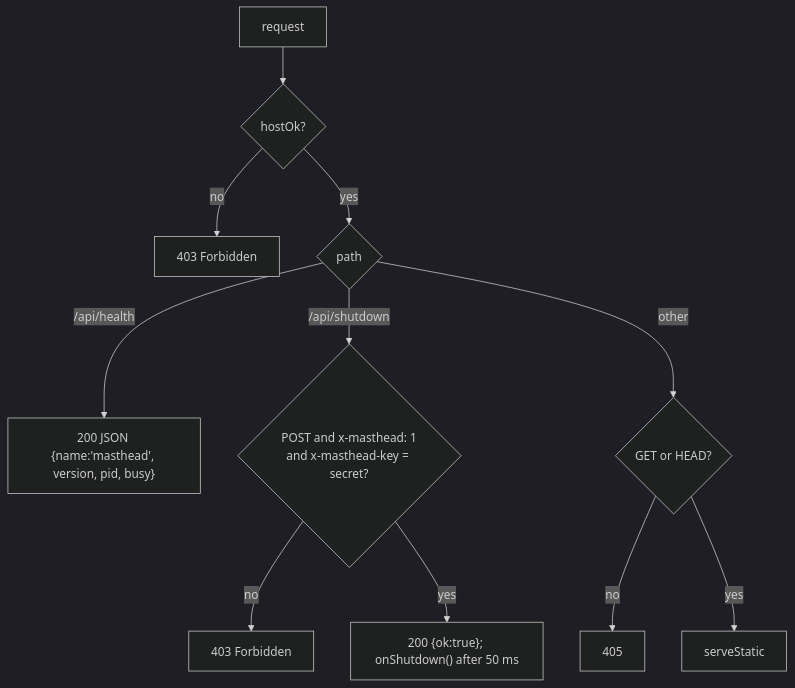
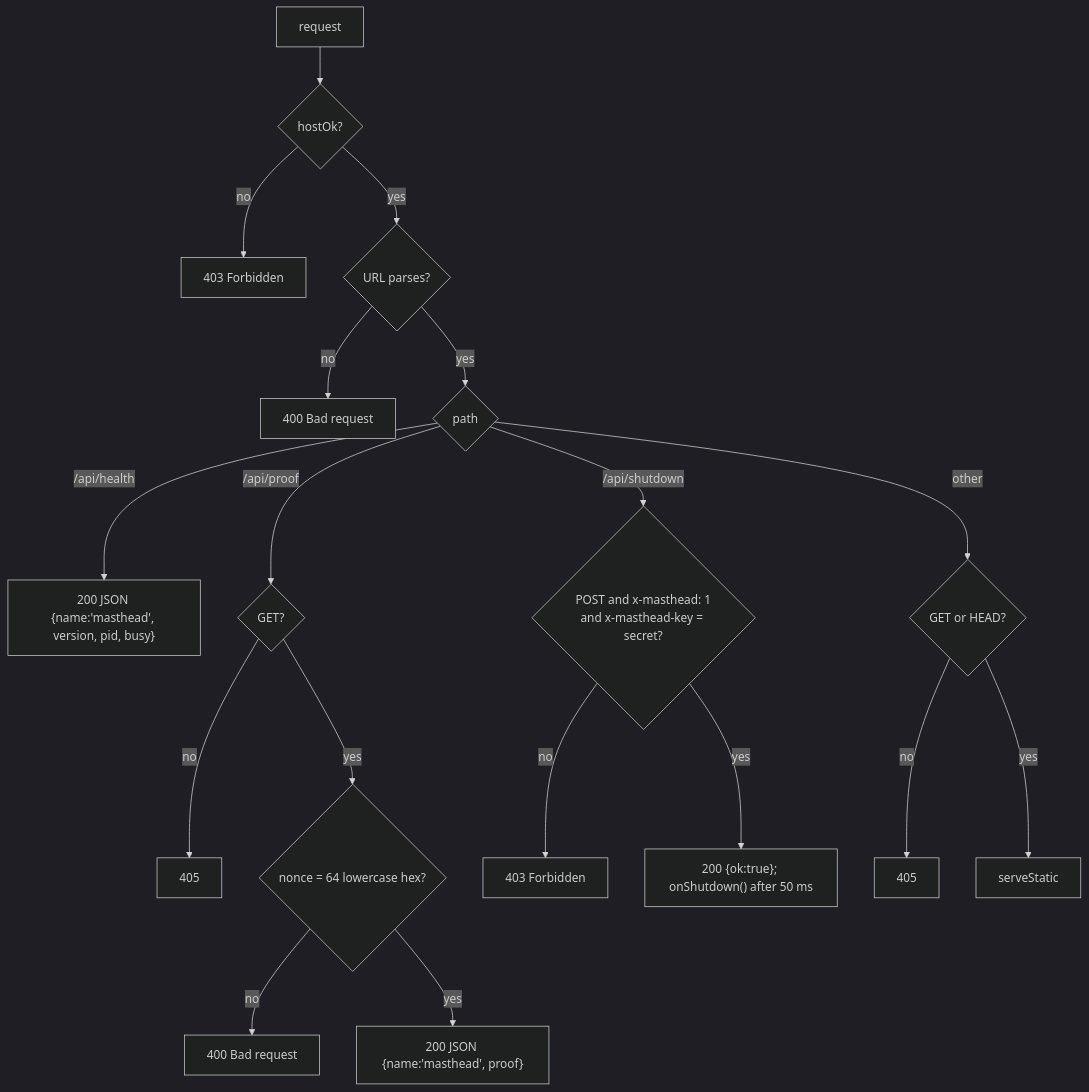
One commit to Luxorium/masthead changed the diagram in docs/wiki/Source-Http.md. Above: the diagram before and after it, drawn with Mermaid (dark theme). The commit also changed other lines of this file and 66 other files, not shown here.

````diff
--- a/docs/wiki/Source-Http.md
+++ b/docs/wiki/Source-Http.md
@@ -50,13 +54,20 @@
 ```mermaid
 flowchart TD
   R[request] --> H{hostOk?}
   H -- no --> F403[403 Forbidden]
-  H -- yes --> P{path}
+  H -- yes --> U{"URL parses?"}
+  U -- no --> F400u[400 Bad request]
+  U -- yes --> P{path}
   P -- "/api/health" --> HE["200 JSON {name:'masthead', version, pid, busy}"]
+  P -- "/api/proof" --> PM{GET?}
+  PM -- no --> F405b[405]
+  PM -- yes --> PN{"nonce = 64 lowercase hex?"}
+  PN -- no --> F400[400 Bad request]
+  PN -- yes --> PR["200 JSON {name:'masthead', proof}"]
   P -- "/api/shutdown" --> SD{"POST and x-masthead: 1<br/>and x-masthead-key = secret?"}
   SD -- no --> F403b[403 Forbidden]
   SD -- yes --> SDO["200 {ok:true}; onShutdown() after 50 ms"]
   P -- other --> M{GET or HEAD?}
   M -- no --> F405[405]
   M -- yes --> ST[serveStatic]
 ```
````
